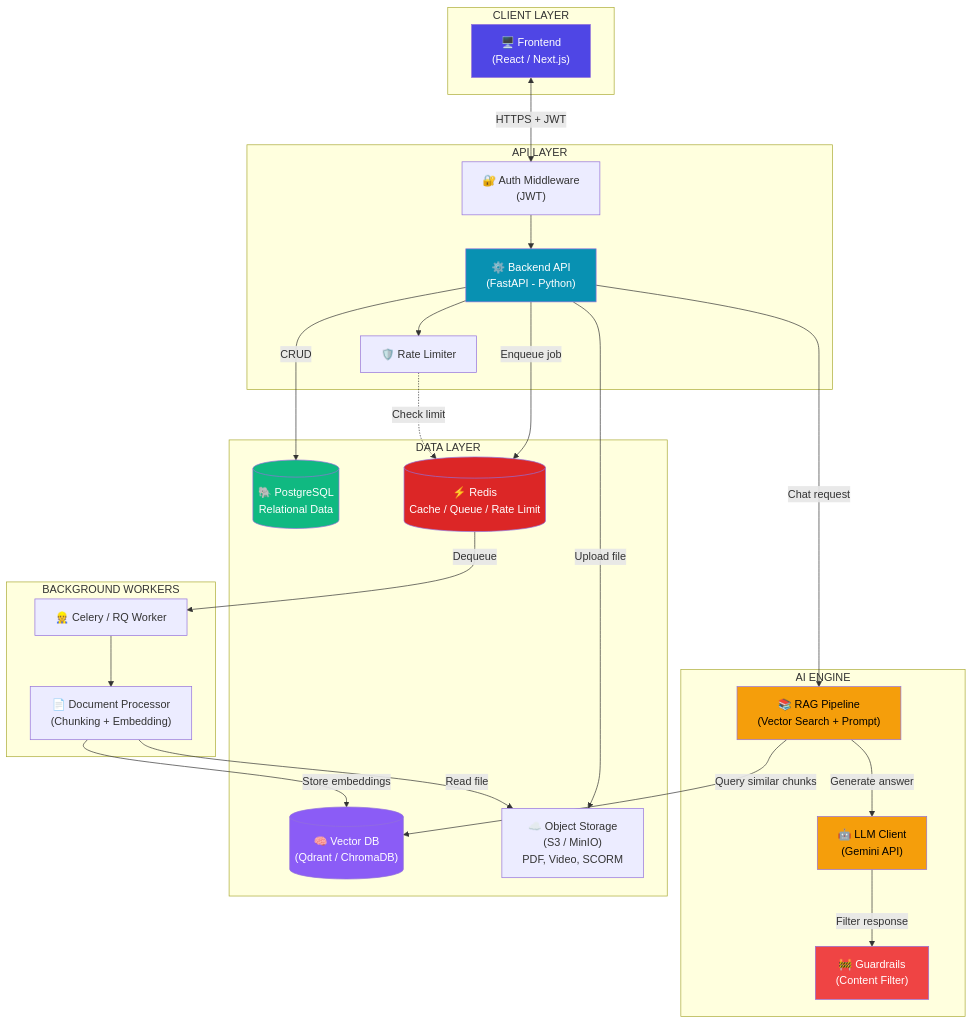
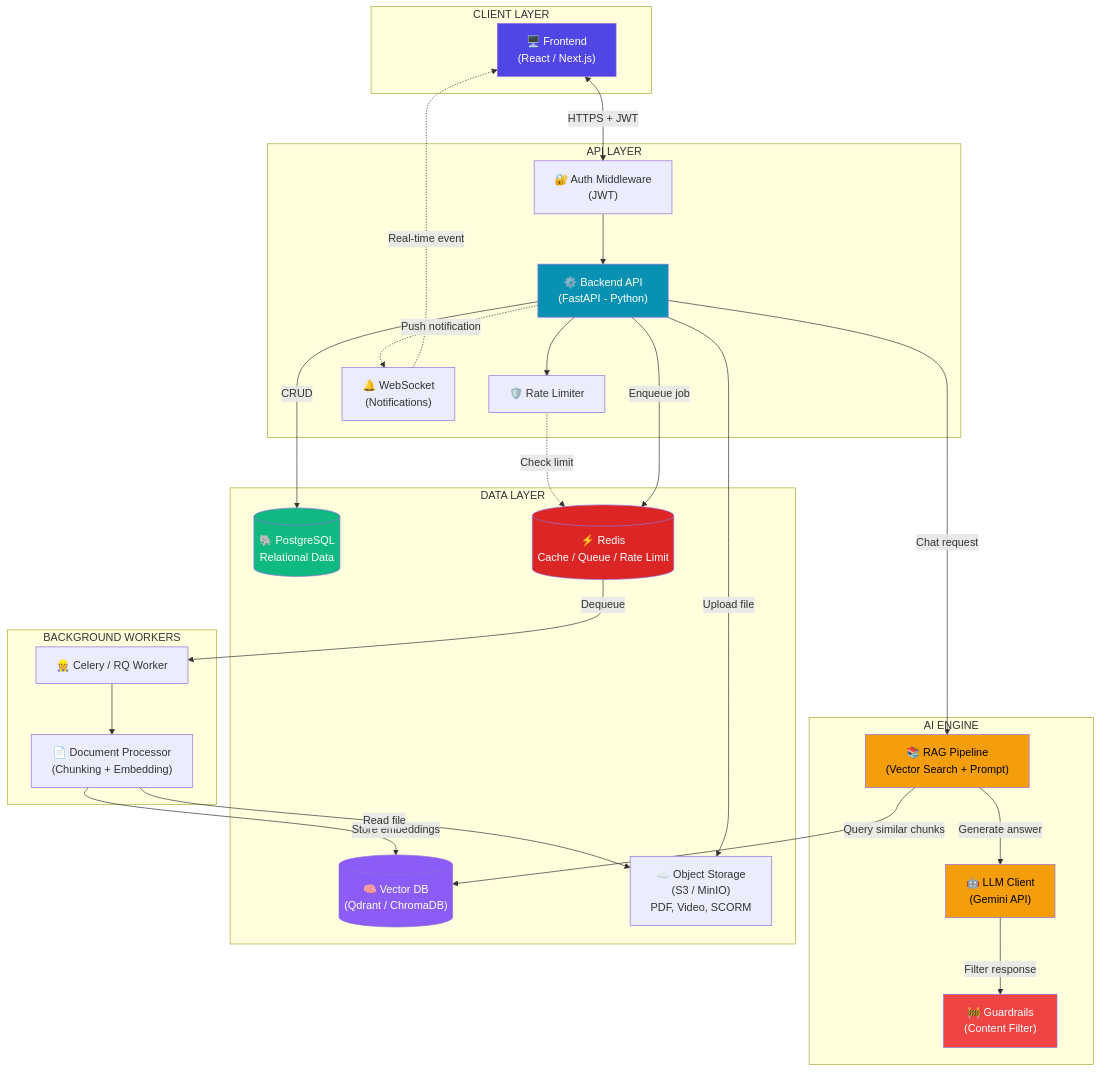
The first of 7 diagrams in docs/02_system_architecture.md (ntphong2104/lms-ai-system), drawn with Mermaid before and after one commit. The commit also changed other lines of this file and 2 other files, not shown here.

````diff
--- a/docs/02_system_architecture.md
+++ b/docs/02_system_architecture.md
@@ -13,58 +13,62 @@
 ```mermaid
 graph TB
     subgraph "CLIENT LAYER"
         FE["🖥️ Frontend<br/>(React / Next.js)"]
     end
 
     subgraph "API LAYER"
         API["⚙️ Backend API<br/>(FastAPI - Python)"]
         AUTH["🔐 Auth Middleware<br/>(JWT)"]
         RL["🛡️ Rate Limiter"]
+        WS["🔔 WebSocket<br/>(Notifications)"]
     end
 
     subgraph "AI ENGINE"
         LLM_CLIENT["🤖 LLM Client<br/>(Gemini API)"]
         RAG["📚 RAG Pipeline<br/>(Vector Search + Prompt)"]
         GUARD["🚧 Guardrails<br/>(Content Filter)"]
     end
 
     subgraph "BACKGROUND WORKERS"
         WORKER["👷 Celery / RQ Worker"]
         DOC_PROC["📄 Document Processor<br/>(Chunking + Embedding)"]
     end
 
     subgraph "DATA LAYER"
         PG[("🐘 PostgreSQL<br/>Relational Data")]
         VECTOR[("🧠 Vector DB<br/>(Qdrant / ChromaDB)")]
         REDIS[("⚡ Redis<br/>Cache / Queue / Rate Limit")]
         S3["☁️ Object Storage<br/>(S3 / MinIO)<br/>PDF, Video, SCORM"]
     end
 
     FE <-->|HTTPS + JWT| AUTH
     AUTH --> API
     API --> RL
     RL -.->|Check limit| REDIS
 
     API -->|CRUD| PG
     API -->|Chat request| RAG
     RAG -->|Query similar chunks| VECTOR
     RAG -->|Generate answer| LLM_CLIENT
     LLM_CLIENT -->|Filter response| GUARD
 
     API -->|Enqueue job| REDIS
     REDIS -->|Dequeue| WORKER
     WORKER --> DOC_PROC
     DOC_PROC -->|Store embeddings| VECTOR
     DOC_PROC -->|Read file| S3
 
     API -->|Upload file| S3
 
+    API -.->|Push notification| WS
+    WS -.->|Real-time event| FE
+
     style FE fill:#4f46e5,color:#fff
     style API fill:#0891b2,color:#fff
     style LLM_CLIENT fill:#f59e0b,color:#000
     style RAG fill:#f59e0b,color:#000
     style GUARD fill:#ef4444,color:#fff
     style PG fill:#10b981,color:#fff
     style VECTOR fill:#8b5cf6,color:#fff
     style REDIS fill:#dc2626,color:#fff
 ```
````
